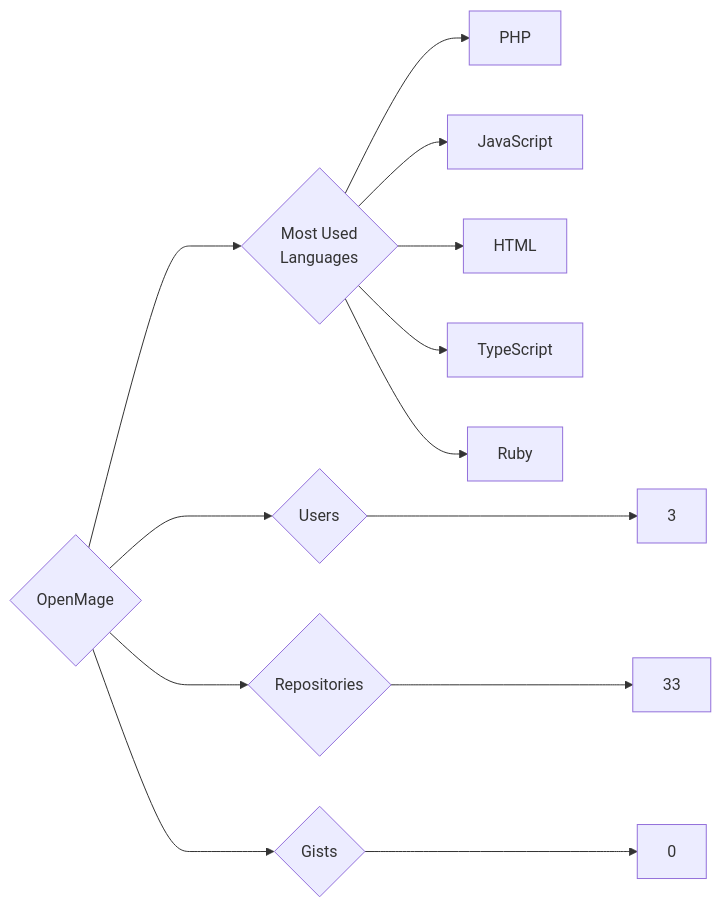
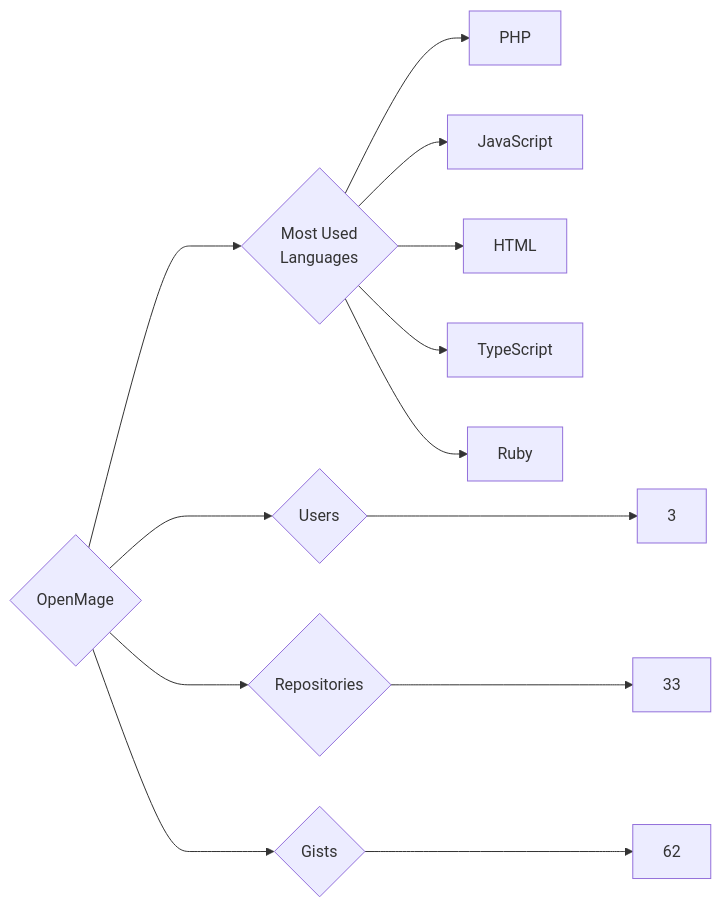
Before and after one commit to trickest/insiders: the diagram in targets/OpenMage/README.md, drawn with Mermaid. The commit also changed 997 other files, not shown here.

````diff
--- a/targets/OpenMage/README.md
+++ b/targets/OpenMage/README.md
@@ -3,13 +3,13 @@
 ```mermaid
 graph LR
 COMPANY_NAME{OpenMage}
 COMPANY_NAME ---> U{Users} ---> UN[3]
 COMPANY_NAME ---> R{Repositories} ---> RN[33]
-COMPANY_NAME ---> G{Gists} ---> GN[0]
+COMPANY_NAME ---> G{Gists} ---> GN[62]
 COMPANY_NAME ---> ML{Most Used<br>Languages}
-ML --> PHP
-ML --> JavaScript
-ML --> HTML
-ML --> TypeScript
-ML --> Ruby
+ML --> PHP[PHP]
+ML --> JavaScript[JavaScript]
+ML --> HTML[HTML]
+ML --> TypeScript[TypeScript]
+ML --> Ruby[Ruby]
 ```
````
